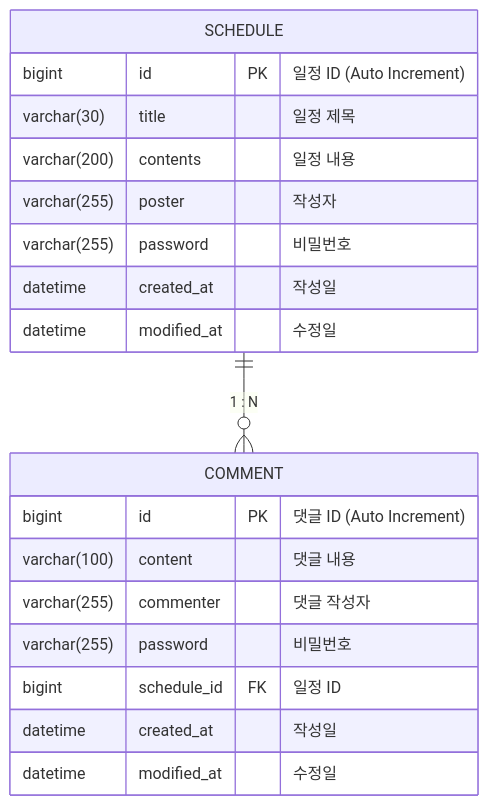
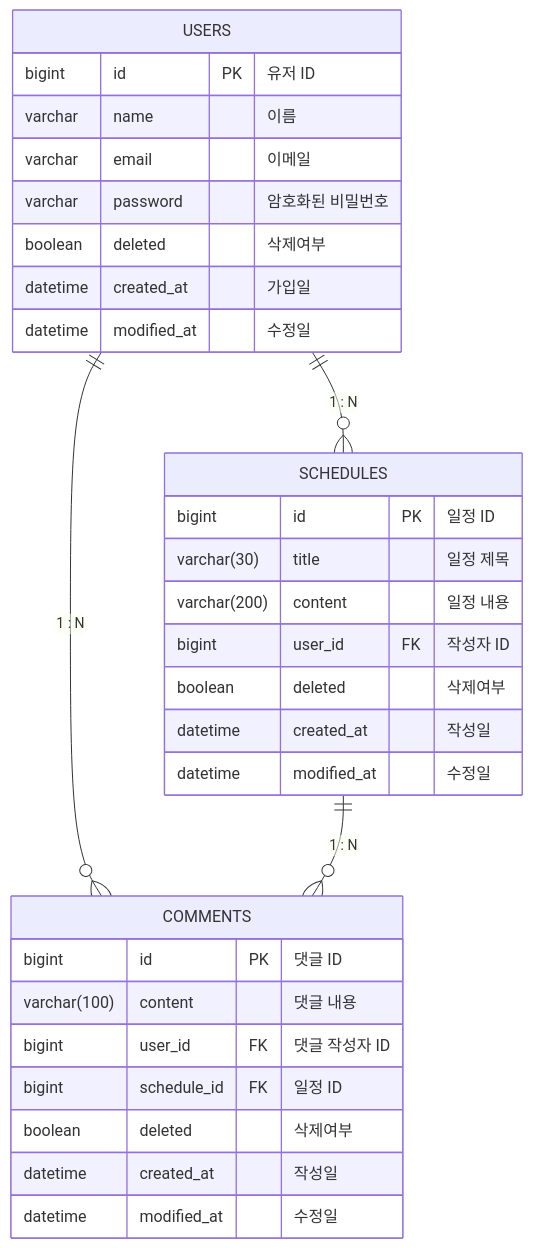
The diagram in README.md (cdkkyj123/Schedule-App), drawn with Mermaid before and after one commit. The commit also changed other lines of this file, not shown here.

````diff
--- a/README.md
+++ b/README.md
@@ -27,24 +63,36 @@
 ```mermaid
 erDiagram
-    SCHEDULE ||--o{ COMMENT : "1 : N"
+    USERS ||--o{ SCHEDULES : "1 : N"
+    USERS ||--o{ COMMENTS : "1 : N"
+    SCHEDULES ||--o{ COMMENTS : "1 : N"
     
-    SCHEDULE {
-        bigint id PK "일정 ID (Auto Increment)"
+    USERS {
+        bigint id PK "유저 ID"
+        varchar name "이름"
+        varchar email "이메일"
+        varchar password "암호화된 비밀번호"
+        boolean deleted "삭제여부"
+        datetime created_at "가입일"
+        datetime modified_at "수정일"
+    }
+
+    SCHEDULES {
+        bigint id PK "일정 ID"
         varchar(30) title "일정 제목"
-        varchar(200) contents "일정 내용"
-        varchar(255) poster "작성자"
-        varchar(255) password "비밀번호"
+        varchar(200) content "일정 내용"
+        bigint user_id FK "작성자 ID"
+        boolean deleted "삭제여부"
         datetime created_at "작성일"
         datetime modified_at "수정일"
     }
 
-    COMMENT {
-        bigint id PK "댓글 ID (Auto Increment)"
+    COMMENTS {
+        bigint id PK "댓글 ID"
         varchar(100) content "댓글 내용"
-        varchar(255) commenter "댓글 작성자"
-        varchar(255) password "비밀번호"
+        bigint user_id FK "댓글 작성자 ID"
         bigint schedule_id FK "일정 ID"
+        boolean deleted "삭제여부"
         datetime created_at "작성일"
         datetime modified_at "수정일"
     }
 ```
````
